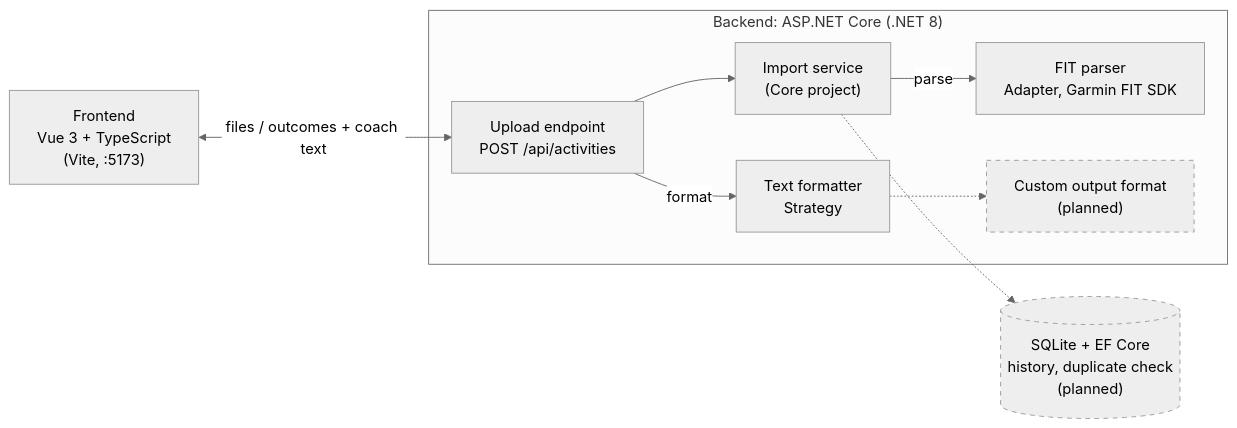
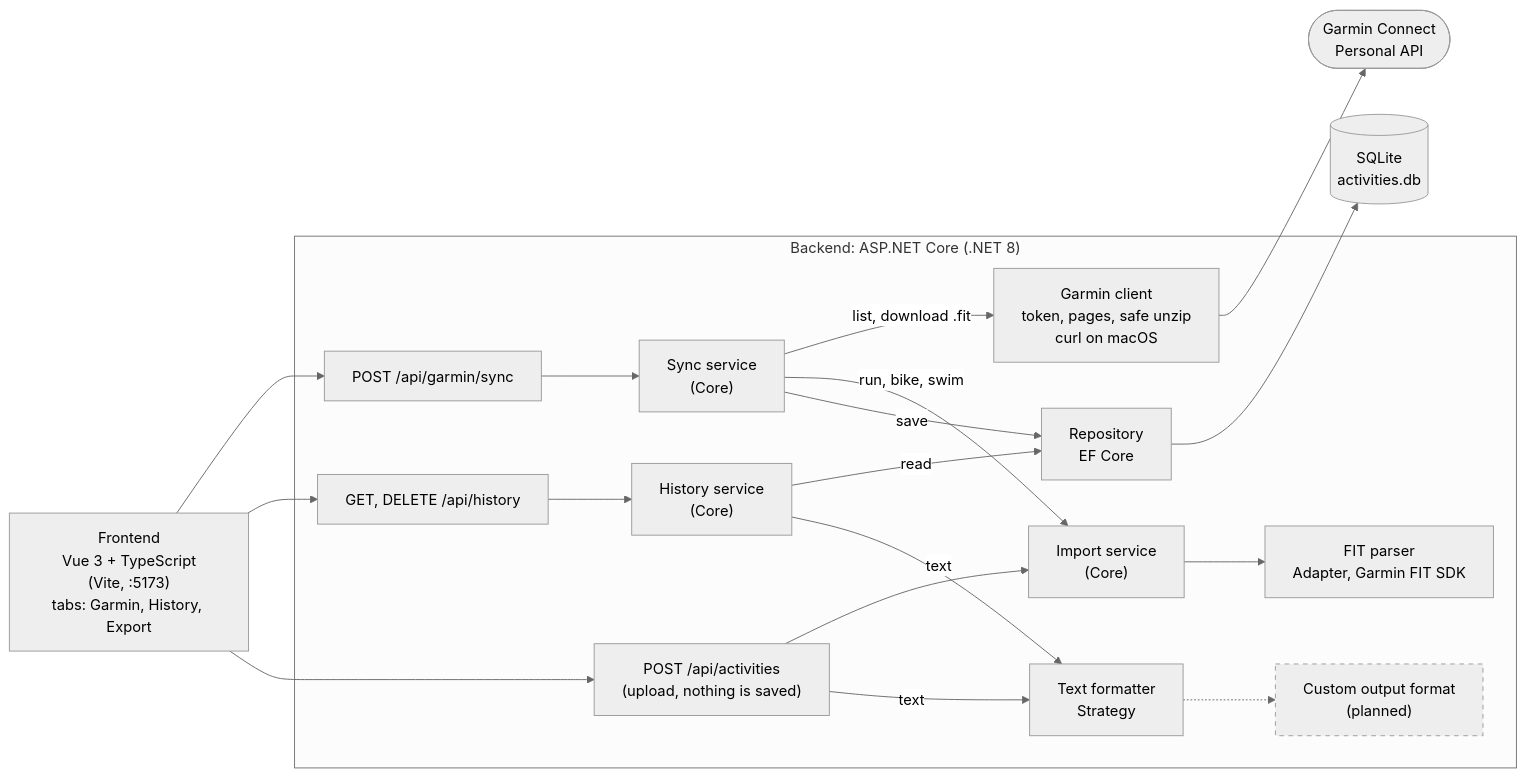
Before and after one commit to GiadaFerrario/garmin-activity-exporter: the diagram in README.md, drawn with Mermaid (neutral theme). The commit also changed other lines of this file and 6 other files, not shown here.

Commit message:
docs: README with the Garmin sync, history and screenshots

````diff
--- a/README.md
+++ b/README.md
@@ -44,24 +69,35 @@
 ```mermaid
 flowchart LR
-    UI["Frontend<br/>Vue 3 + TypeScript<br/>(Vite, :5173)"]
+    UI["Frontend<br/>Vue 3 + TypeScript<br/>(Vite, :5173)<br/>tabs: Garmin, History, Export"]
+    GARMIN(["Garmin Connect<br/>Personal API"])
 
     subgraph Backend["Backend: ASP.NET Core (.NET 8)"]
-        EP["Upload endpoint<br/>POST /api/activities"]
-        SVC["Import service<br/>(Core project)"]
+        EPG["POST /api/garmin/sync"]
+        EPH["GET, DELETE /api/history"]
+        EPU["POST /api/activities<br/>(upload, nothing is saved)"]
+        SYNC["Sync service<br/>(Core)"]
+        HIST["History service<br/>(Core)"]
+        IMP["Import service<br/>(Core)"]
+        CLIENT["Garmin client<br/>token, pages, safe unzip<br/>curl on macOS"]
+        REPO["Repository<br/>EF Core"]
         PARSER["FIT parser<br/>Adapter, Garmin FIT SDK"]
         FMT["Text formatter<br/>Strategy"]
         CUSTOM["Custom output format<br/>(planned)"]
     end
 
-    DB[("SQLite + EF Core<br/>history, duplicate check<br/>(planned)")]
+    DB[("SQLite<br/>activities.db")]
 
-    UI <-- "files / outcomes + coach text" --> EP
-    EP --> SVC
-    SVC -- parse --> PARSER
-    EP -- format --> FMT
+    UI --> EPG --> SYNC
+    UI --> EPH --> HIST
+    UI --> EPU --> IMP
+    SYNC -- "list, download .fit" --> CLIENT --> GARMIN
+    SYNC -- "run, bike, swim" --> IMP --> PARSER
+    SYNC -- save --> REPO --> DB
+    HIST -- read --> REPO
+    HIST -- text --> FMT
+    EPU -- text --> FMT
     FMT -.-> CUSTOM
-    SVC -.-> DB
 
     classDef planned stroke-dasharray: 5 5
-    class CUSTOM,DB planned
+    class CUSTOM planned
 ```
````
